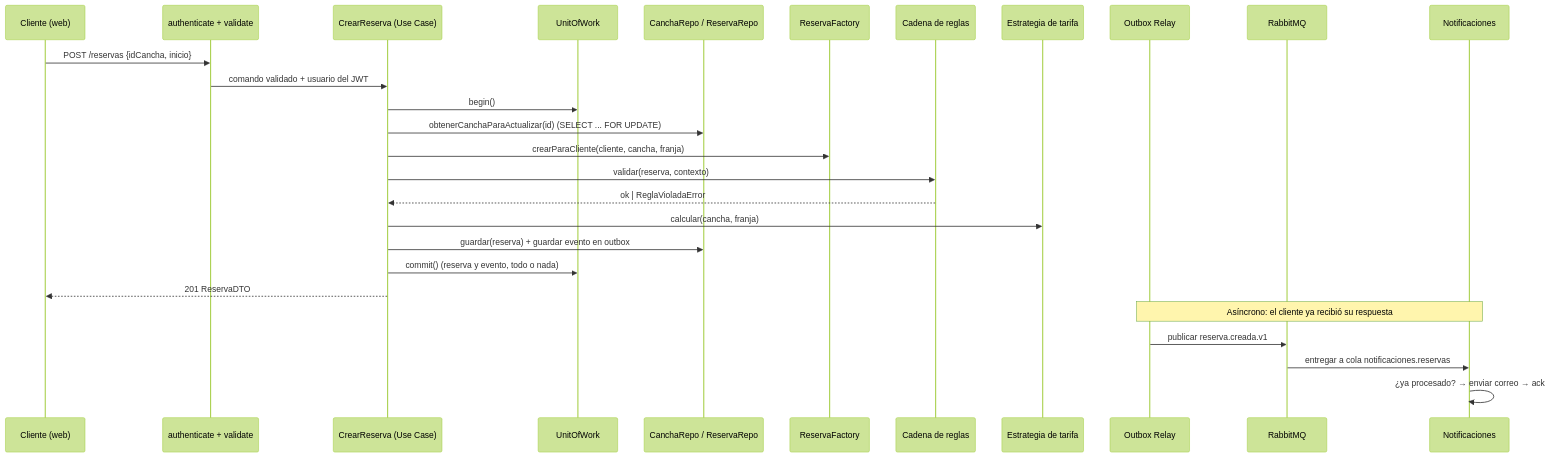
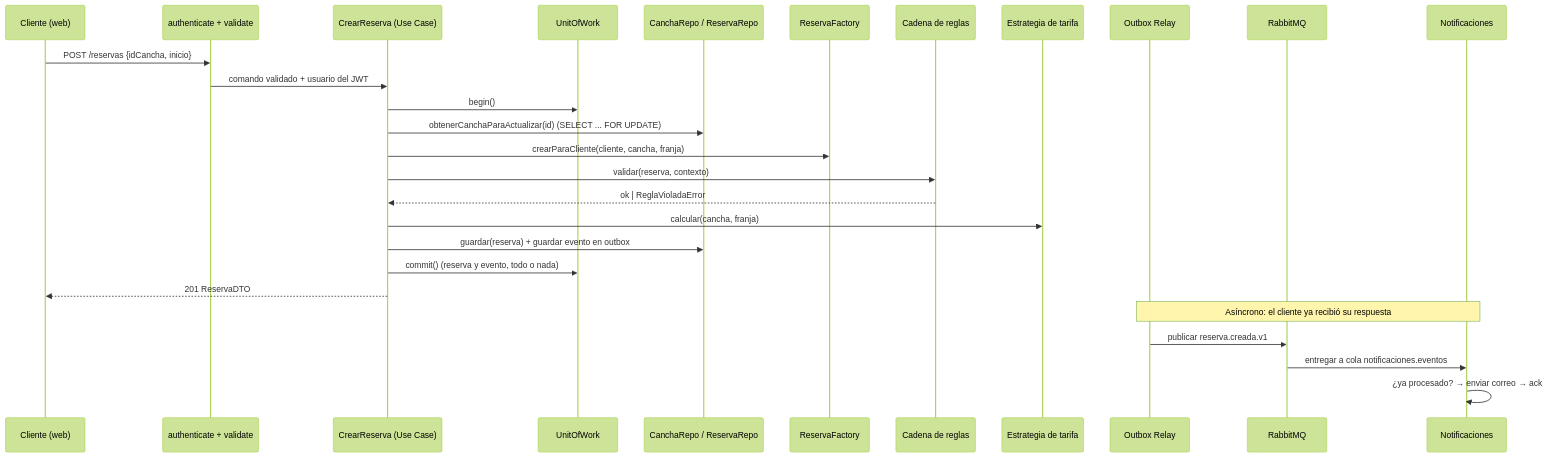
Before and after one commit to KevinPinzon1025/los-robles: the third of 3 diagrams in docs/ARQUITECTURA.md, drawn with Mermaid (forest theme). The commit also changed other lines of this file and 102 other files, not shown here.

````diff
--- a/docs/ARQUITECTURA.md
+++ b/docs/ARQUITECTURA.md
@@ -367,29 +368,29 @@
 ```mermaid
 sequenceDiagram
   participant C as Cliente (web)
   participant MW as authenticate + validate
   participant UC as CrearReserva (Use Case)
   participant UoW as UnitOfWork
   participant R as CanchaRepo / ReservaRepo
   participant F as ReservaFactory
   participant CH as Cadena de reglas
   participant T as Estrategia de tarifa
   participant OB as Outbox Relay
   participant MQ as RabbitMQ
   participant N as Notificaciones
   C->>MW: POST /reservas {idCancha, inicio}
   MW->>UC: comando validado + usuario del JWT
   UC->>UoW: begin()
   UC->>R: obtenerCanchaParaActualizar(id)  (SELECT ... FOR UPDATE)
   UC->>F: crearParaCliente(cliente, cancha, franja)
   UC->>CH: validar(reserva, contexto)
   CH-->>UC: ok | ReglaVioladaError
   UC->>T: calcular(cancha, franja)
   UC->>R: guardar(reserva) + guardar evento en outbox
   UC->>UoW: commit()  (reserva y evento, todo o nada)
   UC-->>C: 201 ReservaDTO
   Note over OB,N: Asíncrono: el cliente ya recibió su respuesta
   OB->>MQ: publicar reserva.creada.v1
-  MQ->>N: entregar a cola notificaciones.reservas
+  MQ->>N: entregar a cola notificaciones.eventos
   N->>N: ¿ya procesado? → enviar correo → ack
 ```
````
